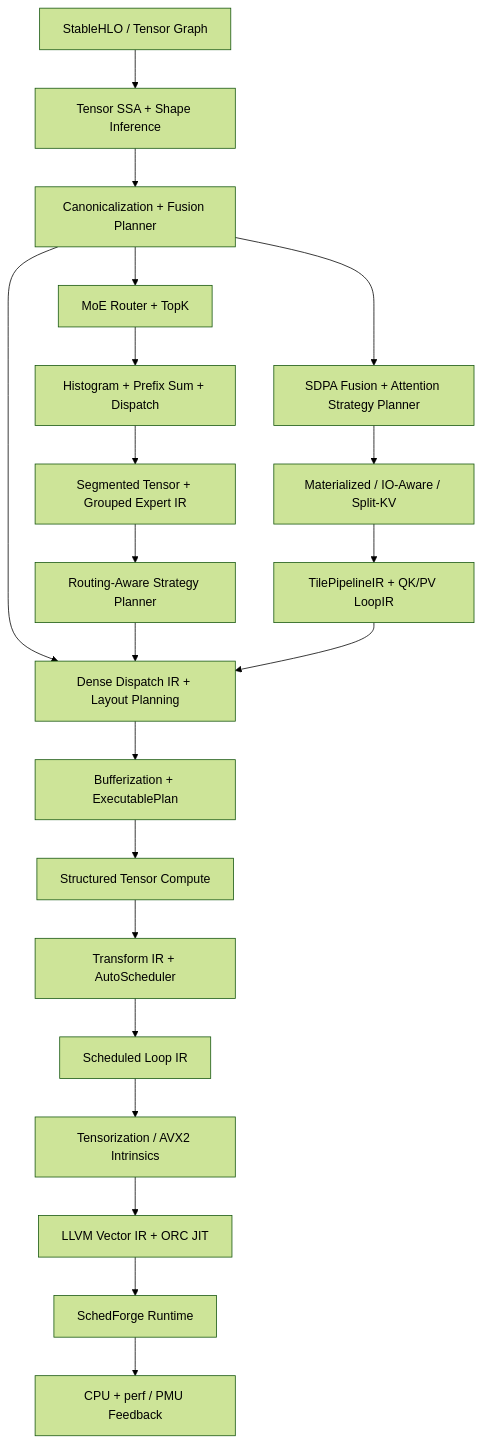
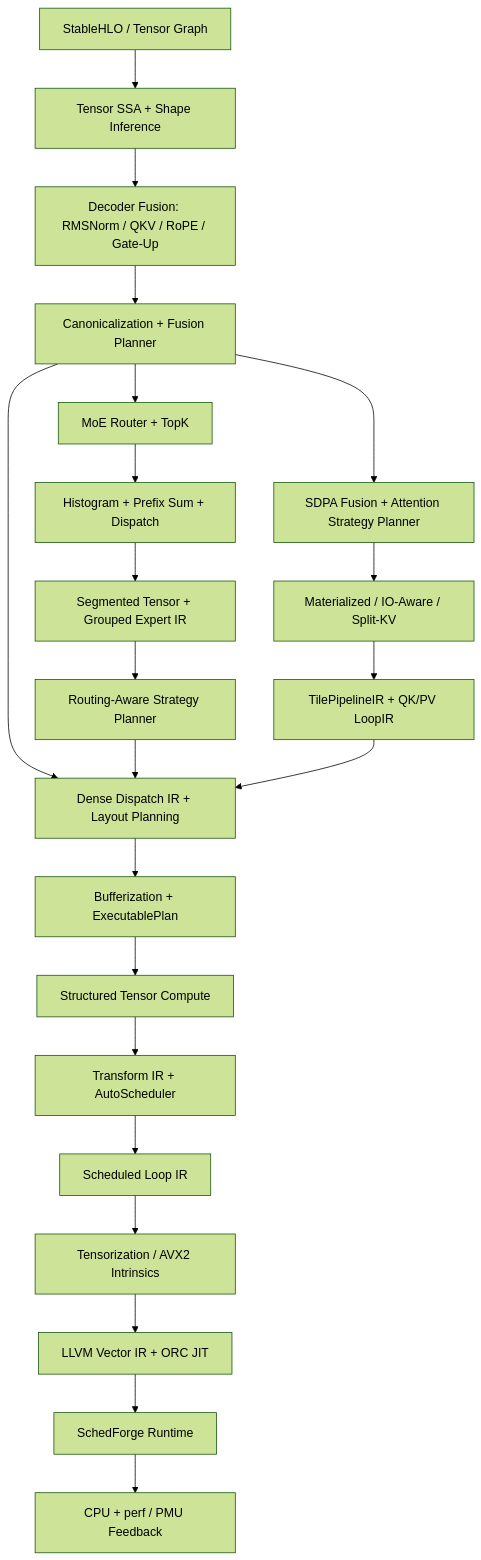
The diagram in README.md (BokaiGuo/SchedForge), drawn with Mermaid (forest theme) before and after one commit. The commit also changed other lines of this file and 20 other files, not shown here.

````diff
--- a/README.md
+++ b/README.md
@@ -37,23 +40,24 @@
 ```mermaid
 flowchart TD
     A["StableHLO / Tensor Graph"] --> B["Tensor SSA + Shape Inference"]
-    B --> C["Canonicalization + Fusion Planner"]
+    B --> DL["Decoder Fusion: RMSNorm / QKV / RoPE / Gate-Up"]
+    DL --> C["Canonicalization + Fusion Planner"]
     C --> D["Dense Dispatch IR + Layout Planning"]
     C --> M1["MoE Router + TopK"]
     C --> A1["SDPA Fusion + Attention Strategy Planner"]
     M1 --> M2["Histogram + Prefix Sum + Dispatch"]
     M2 --> M3["Segmented Tensor + Grouped Expert IR"]
     M3 --> M4["Routing-Aware Strategy Planner"]
     M4 --> D
     A1 --> A2["Materialized / IO-Aware / Split-KV"]
     A2 --> A3["TilePipelineIR + QK/PV LoopIR"]
     A3 --> D
     D --> E["Bufferization + ExecutablePlan"]
     E --> F["Structured Tensor Compute"]
     F --> G["Transform IR + AutoScheduler"]
     G --> H["Scheduled Loop IR"]
     H --> I["Tensorization / AVX2 Intrinsics"]
     I --> J["LLVM Vector IR + ORC JIT"]
     J --> K["SchedForge Runtime"]
     K --> L["CPU + perf / PMU Feedback"]
 ```
````
